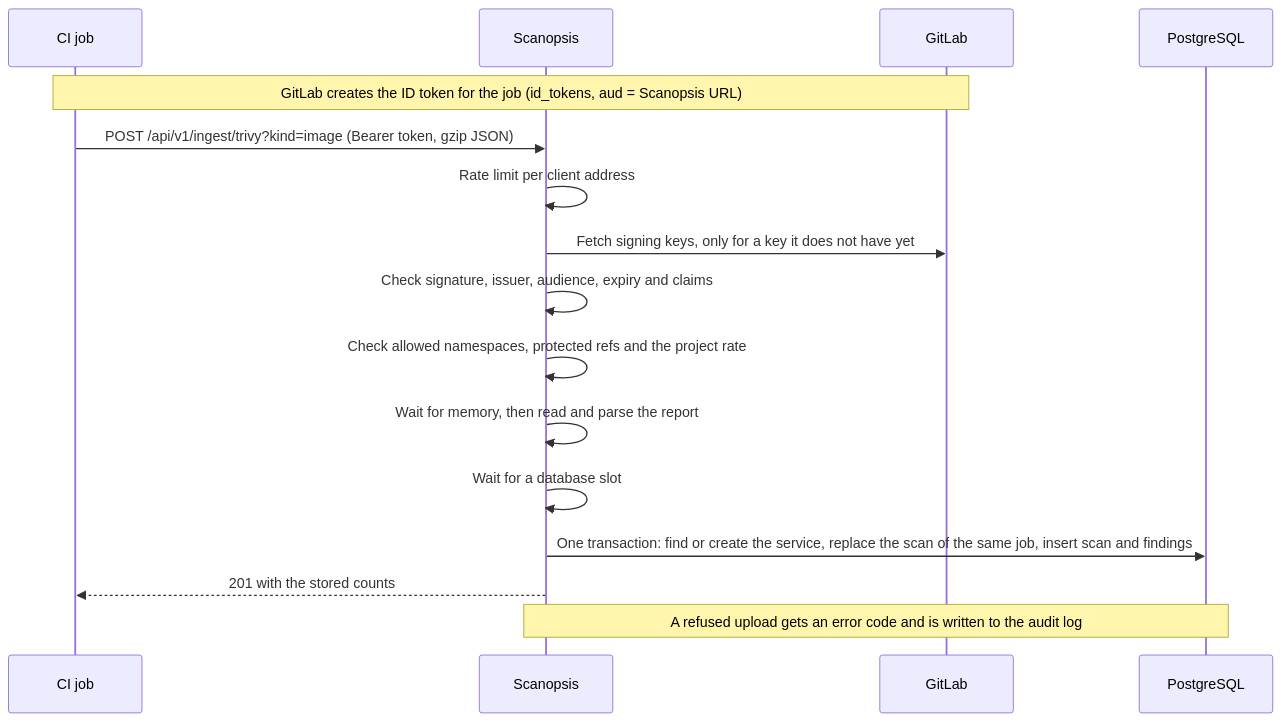
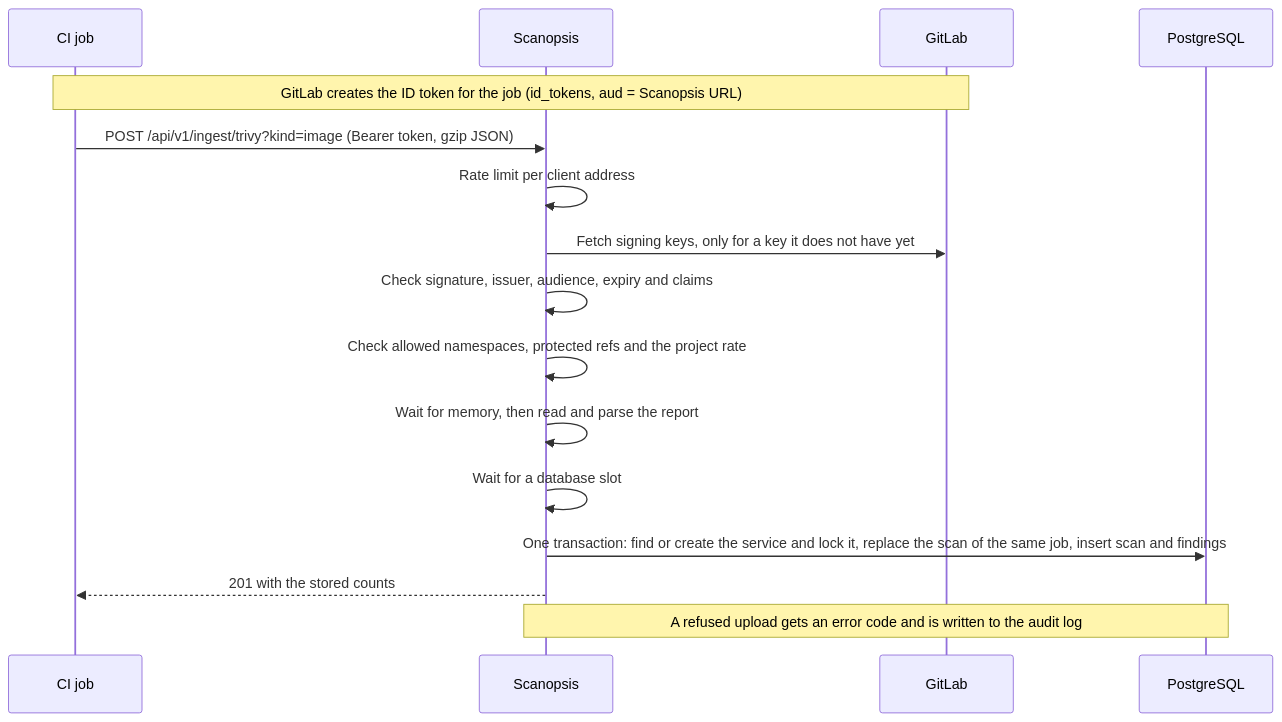
One commit to siyamsarker/scanopsis changed the third of 5 diagrams in docs/architecture.md. Above: the diagram before and after it, drawn with Mermaid. The commit also changed other lines of this file, not shown here.

First line of the commit message:
docs(architecture): describe the service lock of an upload

````diff
--- a/docs/architecture.md
+++ b/docs/architecture.md
@@ -96,18 +96,18 @@
 ```mermaid
 sequenceDiagram
     participant J as CI job
     participant S as Scanopsis
     participant G as GitLab
     participant D as PostgreSQL
     Note over J,G: GitLab creates the ID token for the job (id_tokens, aud = Scanopsis URL)
     J->>S: POST /api/v1/ingest/trivy?kind=image (Bearer token, gzip JSON)
     S->>S: Rate limit per client address
     S->>G: Fetch signing keys, only for a key it does not have yet
     S->>S: Check signature, issuer, audience, expiry and claims
     S->>S: Check allowed namespaces, protected refs and the project rate
     S->>S: Wait for memory, then read and parse the report
     S->>S: Wait for a database slot
-    S->>D: One transaction: find or create the service, replace the scan of the same job, insert scan and findings
+    S->>D: One transaction: find or create the service and lock it, replace the scan of the same job, insert scan and findings
     S-->>J: 201 with the stored counts
     Note over S,D: A refused upload gets an error code and is written to the audit log
 ```
````
